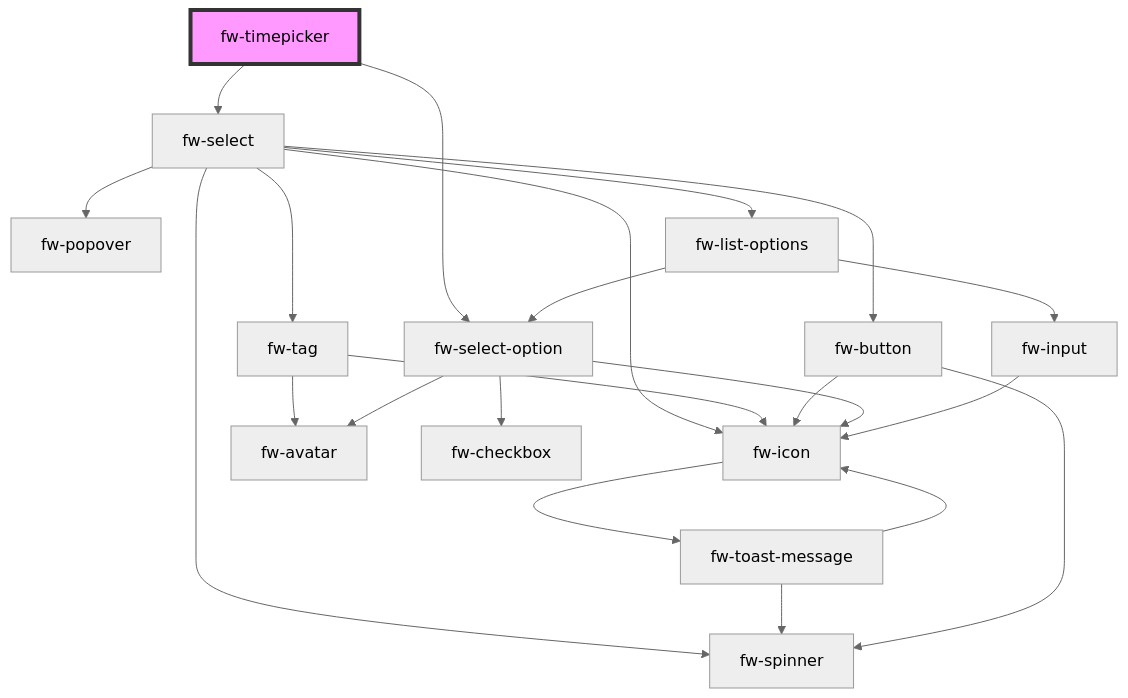
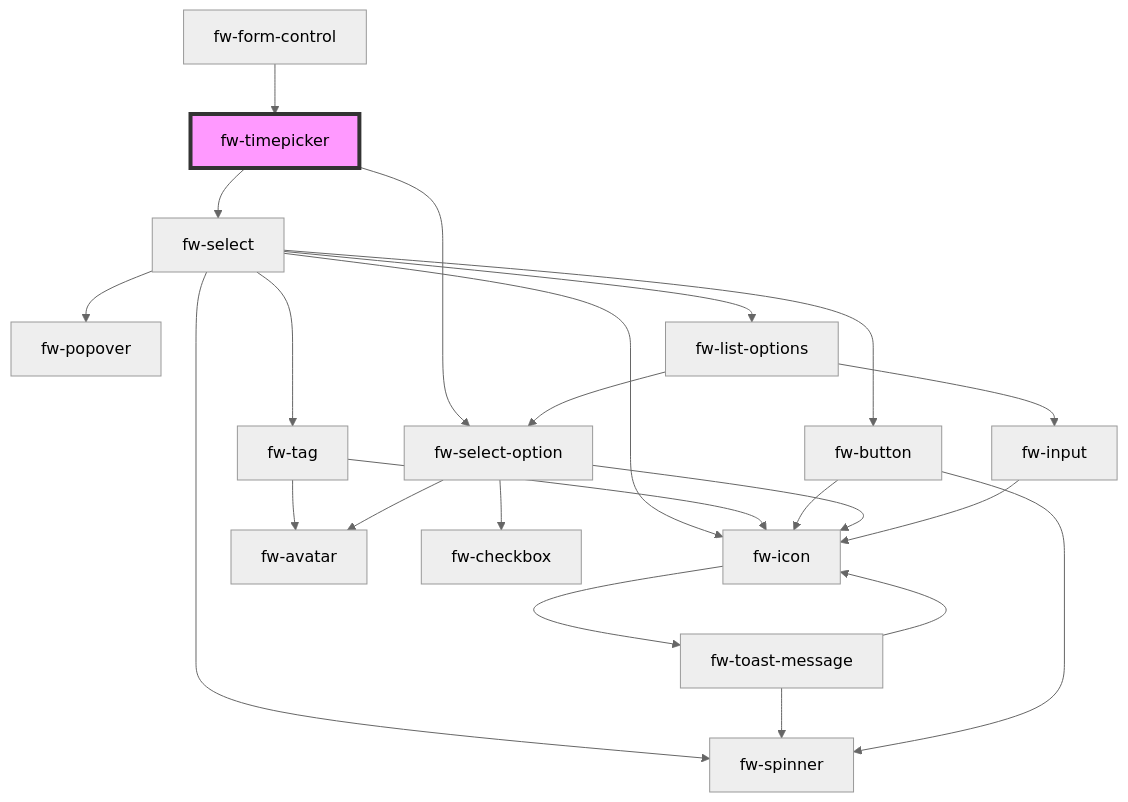
Before and after one commit to freshworks/crayons: the diagram in packages/crayons-core/src/components/timepicker/readme.md, drawn with Mermaid (neutral theme). The commit also changed other lines of this file and 12 other files, not shown here.

Commit message:
feat(form-control): form-control with form handling via slots

````diff
--- a/packages/crayons-core/src/components/timepicker/readme.md
+++ b/packages/crayons-core/src/components/timepicker/readme.md
@@ -72,25 +76,26 @@
 ```mermaid
 graph TD;
   fw-timepicker --> fw-select
   fw-timepicker --> fw-select-option
   fw-select --> fw-tag
   fw-select --> fw-popover
   fw-select --> fw-button
   fw-select --> fw-spinner
   fw-select --> fw-icon
   fw-select --> fw-list-options
   fw-tag --> fw-avatar
   fw-tag --> fw-icon
   fw-icon --> fw-toast-message
   fw-toast-message --> fw-spinner
   fw-toast-message --> fw-icon
   fw-button --> fw-spinner
   fw-button --> fw-icon
   fw-list-options --> fw-select-option
   fw-list-options --> fw-input
   fw-select-option --> fw-icon
   fw-select-option --> fw-checkbox
   fw-select-option --> fw-avatar
   fw-input --> fw-icon
+  fw-form-control --> fw-timepicker
   style fw-timepicker fill:#f9f,stroke:#333,stroke-width:4px
 ```
````
